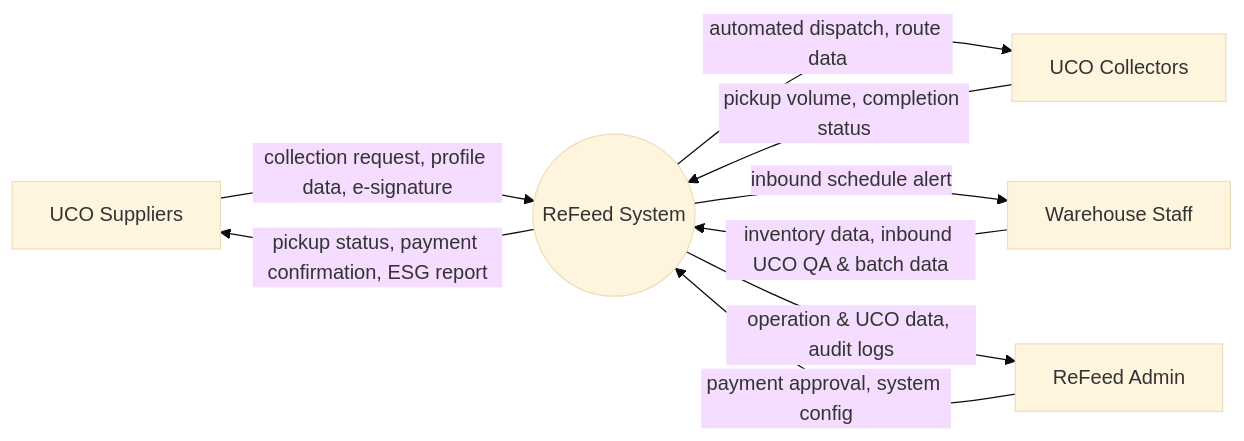
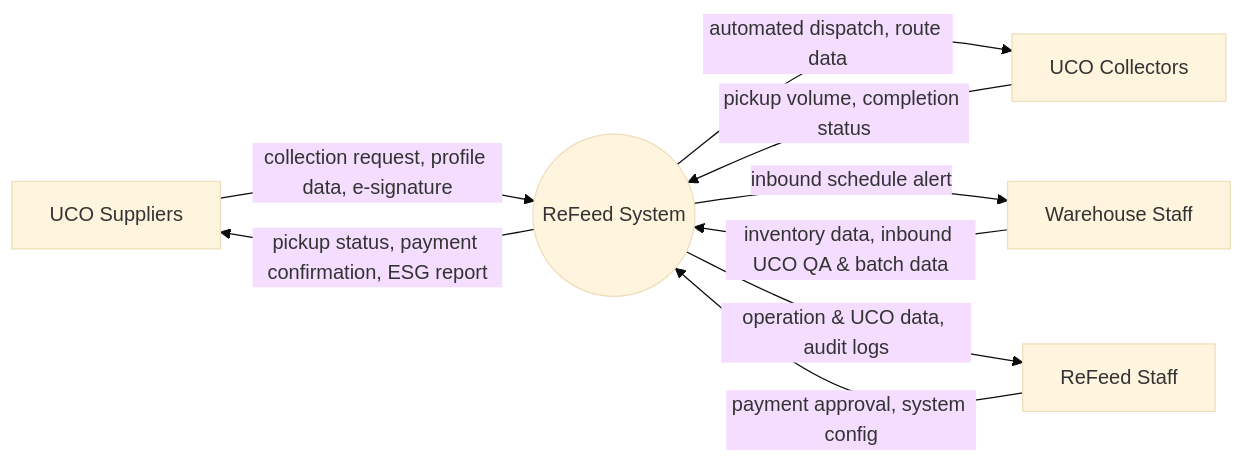
One commit to thuyvicbh-alt/DBIZ2---GROUP-D changed the diagram in docs/context/context-diagram.md. Above: the diagram before and after it, drawn with Mermaid (base theme). The commit also changed other lines of this file, not shown here.

````diff
--- a/docs/context/context-diagram.md
+++ b/docs/context/context-diagram.md
@@ -14,24 +14,24 @@
 ```mermaid
 flowchart LR
     SUP["UCO Suppliers"]
     COL["UCO Collectors"]
     WHS["Warehouse Staff"]
-    ADM["ReFeed Admin"]
+    ADM["ReFeed Staff"]
     RF(("ReFeed System"))
 
     %% UCO Suppliers
     SUP -->|"collection request, profile data, e-signature"| RF
     RF -->|"pickup status, payment confirmation, ESG report"| SUP
 
     %% UCO Collectors
     RF -->|"automated dispatch, route data"| COL
     COL -->|"pickup volume, completion status"| RF
 
     %% Warehouse Staff
     WHS -->|"inventory data, inbound UCO QA & batch data"| RF
     RF -->|"inbound schedule alert"| WHS
 
-    %% ReFeed Admin
+    %% ReFeed Staff
     ADM -->|"payment approval, system config"| RF
     RF -->|"operation & UCO data, audit logs"| ADM
 ```
````
